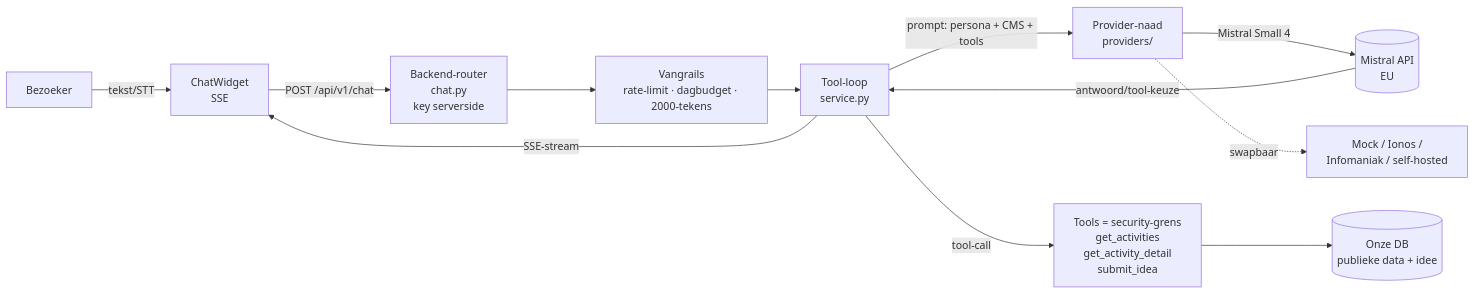
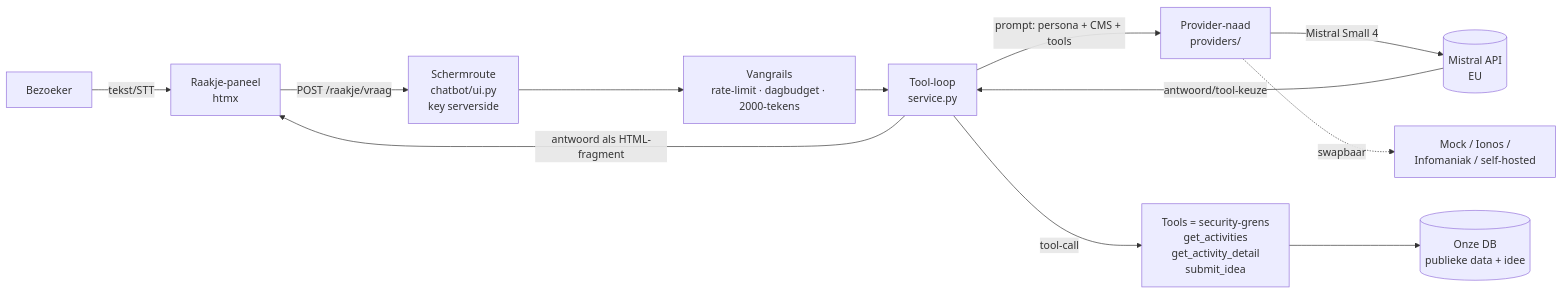
Before and after one commit to KoenRenders/KoenTest: the first of 2 diagrams in docs/chatbot.md, drawn with Mermaid. The commit also changed other lines of this file and 28 other files, not shown here.

````diff
--- a/docs/chatbot.md
+++ b/docs/chatbot.md
@@ -20,14 +27,14 @@
 ```mermaid
 flowchart LR
-    U[Bezoeker] -->|tekst/STT| W[ChatWidget<br/>SSE]
-    W -->|POST /api/v1/chat| R[Backend-router<br/>chat.py<br/>key serverside]
+    U[Bezoeker] -->|tekst/STT| W[Raakje-paneel<br/>htmx]
+    W -->|POST /raakje/vraag| R[Schermroute<br/>chatbot/ui.py<br/>key serverside]
     R --> G[Vangrails<br/>rate-limit · dagbudget · 2000-tekens]
     G --> S[Tool-loop<br/>service.py]
     S -->|prompt: persona + CMS + tools| P[Provider-naad<br/>providers/]
     P -->|Mistral Small 4| M[(Mistral API<br/>EU)]
     P -. swapbaar .-> ALT[Mock / Ionos /<br/>Infomaniak / self-hosted]
     S -->|tool-call| T[Tools = security-grens<br/>get_activities<br/>get_activity_detail<br/>submit_idea]
     T --> DB[(Onze DB<br/>publieke data + idee)]
     M -->|antwoord/tool-keuze| S
-    S -->|SSE-stream| W
+    S -->|antwoord als HTML-fragment| W
 ```
````
